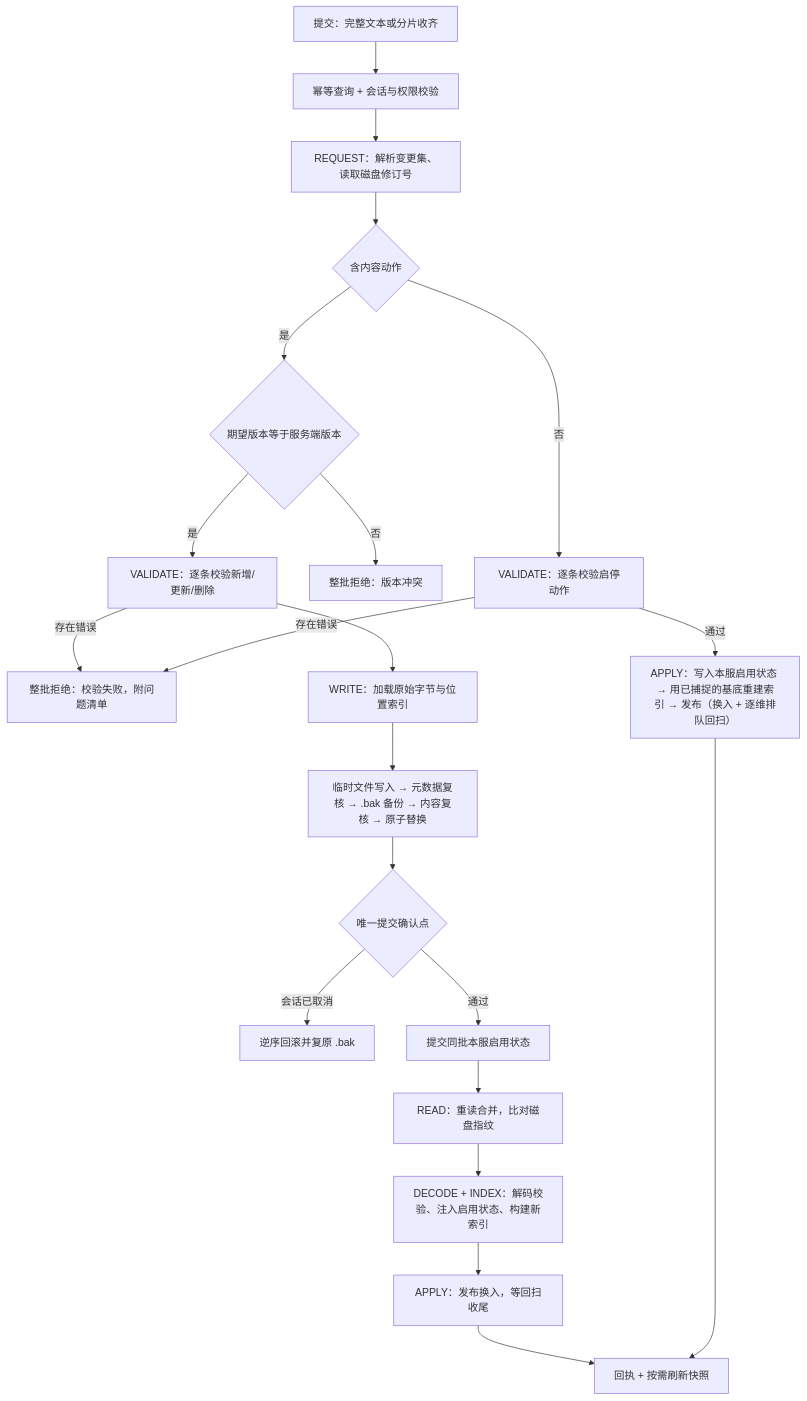
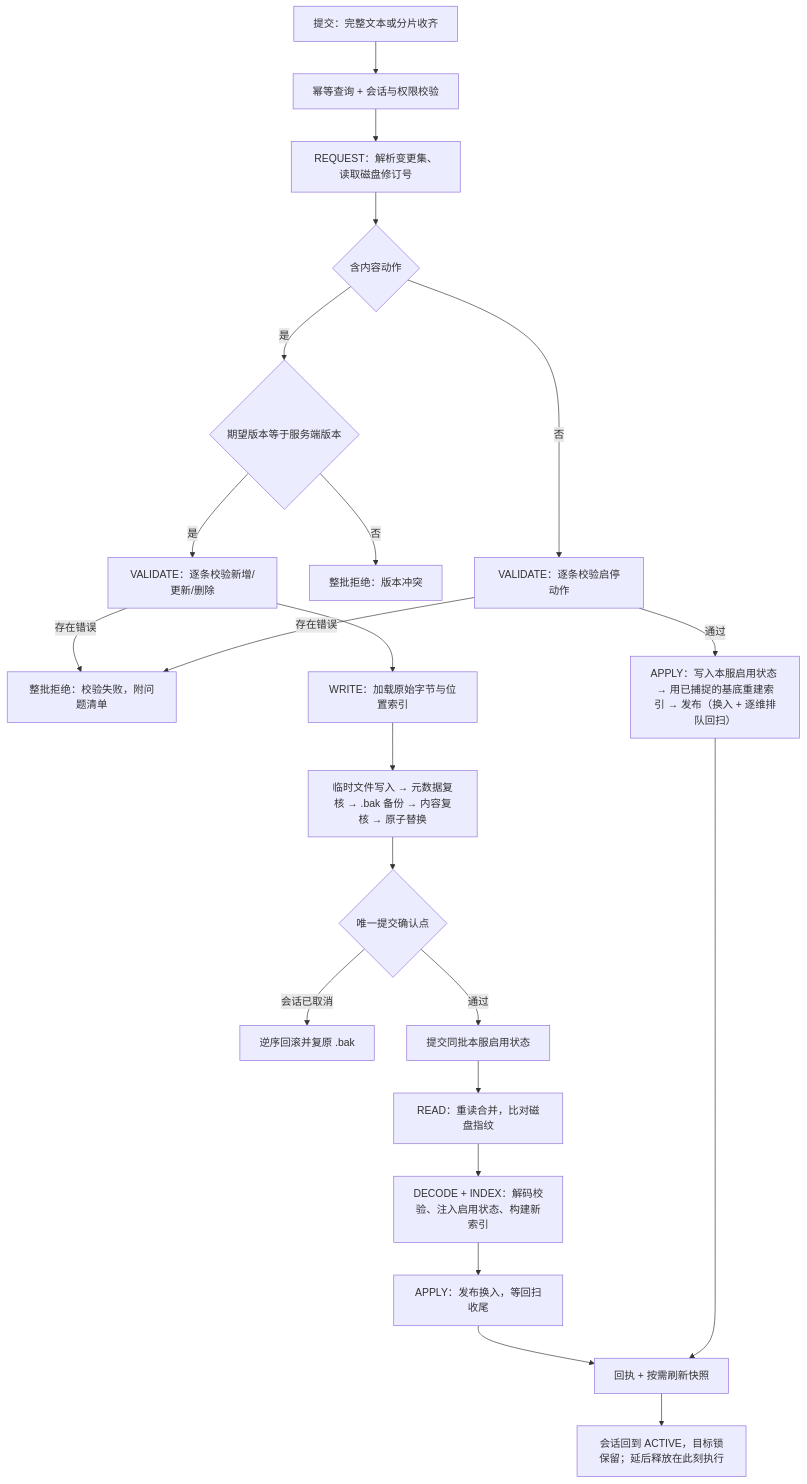
One commit to meteoritel/item-despawn-to-what changed the third of 3 diagrams in docs/modules/authoring.md. Above: the diagram before and after it, drawn with Mermaid. The commit also changed other lines of this file and 2 other files, not shown here.

````diff
--- a/docs/modules/authoring.md
+++ b/docs/modules/authoring.md
@@ -143,23 +144,24 @@
 ```mermaid
 flowchart TB
     A["提交：完整文本或分片收齐"] --> B["幂等查询 + 会话与权限校验"]
     B --> C["REQUEST：解析变更集、读取磁盘修订号"]
     C --> Q{"含内容动作"}
     Q -->|"否"| V2["VALIDATE：逐条校验启停动作"]
     Q -->|"是"| D{"期望版本等于服务端版本"}
     D -->|"否"| R1["整批拒绝：版本冲突"]
     D -->|"是"| E["VALIDATE：逐条校验新增/更新/删除"]
     E -->|"存在错误"| R2["整批拒绝：校验失败，附问题清单"]
     V2 -->|"存在错误"| R2
     V2 -->|"通过"| S0["APPLY：写入本服启用状态 → 用已捕捉的基底重建索引 → 发布（换入 + 逐维排队回扫）"]
     E --> F["WRITE：加载原始字节与位置索引"]
     F --> G["临时文件写入 → 元数据复核 → .bak 备份 → 内容复核 → 原子替换"]
     G --> H{"唯一提交确认点"}
     H -->|"会话已取消"| RB["逆序回滚并复原 .bak"]
     H -->|"通过"| S1["提交同批本服启用状态"]
     S1 --> I["READ：重读合并，比对磁盘指纹"]
     I --> J["DECODE + INDEX：解码校验、注入启用状态、构建新索引"]
     J --> K["APPLY：发布换入，等回扫收尾"]
     K --> L["回执 + 按需刷新快照"]
     S0 --> L
+    L --> M["会话回到 ACTIVE，目标锁保留；延后释放在此刻执行"]
 ```
````
